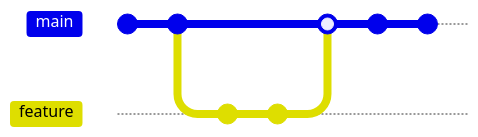
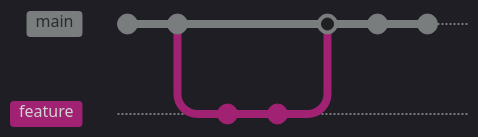
The third of 3 diagrams in README.md (udithanayanajith/udithanayanajith), drawn with Mermaid before and after one commit. The commit also changed other lines of this file, not shown here. Commit ids are hidden.

````diff
--- a/README.md
+++ b/README.md
@@ -62,13 +65,14 @@
 ```mermaid
+%%{init: {'theme': 'dark'}}%%
 gitGraph
     commit
     commit
     branch feature
     checkout feature
     commit
     commit
     checkout main
     merge feature
     commit
     commit
 ```
````
